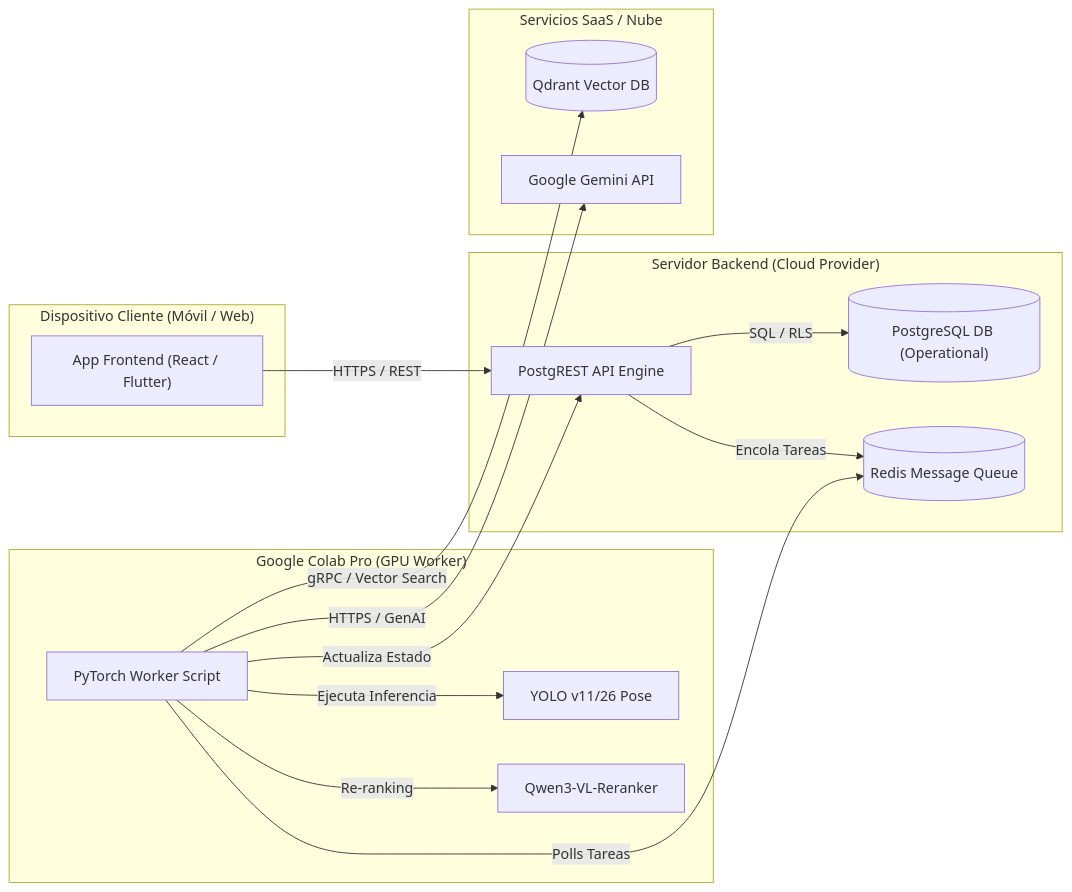
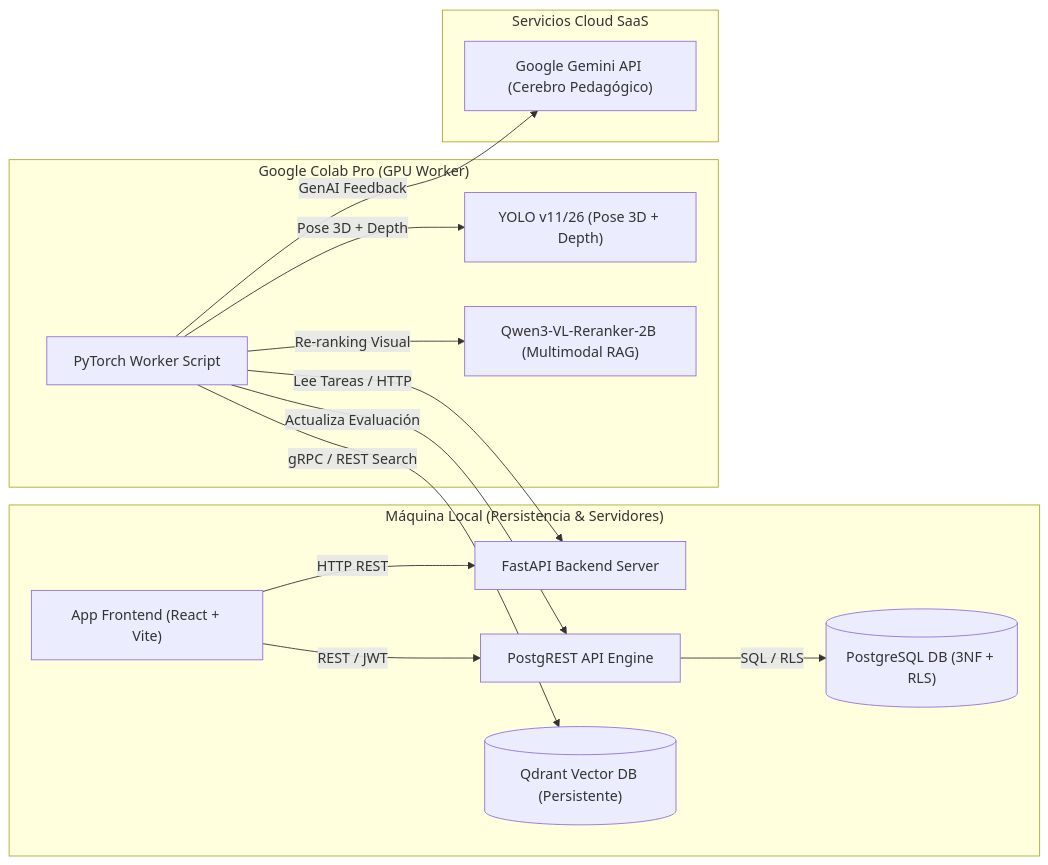
The third of 3 diagrams in ProyectoGrado/docs/ArquitecturaSoftware.md (Tsmrain/JiuJitsu), drawn with Mermaid before and after one commit. The commit also changed other lines of this file and 9 other files, not shown here.

Commit message:
feat(c4-b): implement technique selector, teacher comparison, Qwen3-VL adapter, worker.py, and 15 unit tests

````diff
--- a/ProyectoGrado/docs/ArquitecturaSoftware.md
+++ b/ProyectoGrado/docs/ArquitecturaSoftware.md
@@ -159,34 +159,31 @@
 ```mermaid
 graph LR
-    subgraph Client_Device ["Dispositivo Cliente (Móvil / Web)"]
-        UI_App["App Frontend (React / Flutter)"]
-    end
-
-    subgraph Cloud_Backend ["Servidor Backend (Cloud Provider)"]
+    subgraph Local_Machine ["Máquina Local (Persistencia & Servidores)"]
+        UI_App["App Frontend (React + Vite)"]
+        FastAPI_Node["FastAPI Backend Server"]
         PostgREST_Node["PostgREST API Engine"]
-        PostgreSQL_Node[("PostgreSQL DB (Operational)")]
-        Queue_Node[("Redis Message Queue")]
+        PostgreSQL_Node[("PostgreSQL DB (3NF + RLS)")]
+        Qdrant_Local[("Qdrant Vector DB (Persistente)")]
     end
 
     subgraph Colab_Worker ["Google Colab Pro (GPU Worker)"]
         Python_Worker["PyTorch Worker Script"]
-        YOLO_Engine["YOLO v11/26 Pose"]
-        Qwen_Engine["Qwen3-VL-Reranker"]
+        YOLO_Engine["YOLO v11/26 (Pose 3D + Depth)"]
+        Qwen_Engine["Qwen3-VL-Reranker-2B (Multimodal RAG)"]
     end
 
-    subgraph External_Services ["Servicios SaaS / Nube"]
-        Qdrant_Cloud[("Qdrant Vector DB")]
-        Gemini_SaaS["Google Gemini API"]
+    subgraph External_SaaS ["Servicios Cloud SaaS"]
+        Gemini_SaaS["Google Gemini API (Cerebro Pedagógico)"]
     end
 
-    UI_App -->|HTTPS / REST| PostgREST_Node
+    UI_App -->|HTTP REST| FastAPI_Node
+    UI_App -->|REST / JWT| PostgREST_Node
     PostgREST_Node -->|SQL / RLS| PostgreSQL_Node
-    PostgREST_Node -->|Encola Tareas| Queue_Node
 
-    Python_Worker -->|Polls Tareas| Queue_Node
-    Python_Worker -->|Ejecuta Inferencia| YOLO_Engine
-    Python_Worker -->|Re-ranking| Qwen_Engine
-    Python_Worker -->|gRPC / Vector Search| Qdrant_Cloud
-    Python_Worker -->|HTTPS / GenAI| Gemini_SaaS
-    Python_Worker -->|Actualiza Estado| PostgREST_Node
+    Python_Worker -->|Lee Tareas / HTTP| FastAPI_Node
+    Python_Worker -->|Pose 3D + Depth| YOLO_Engine
+    Python_Worker -->|gRPC / REST Search| Qdrant_Local
+    Python_Worker -->|Re-ranking Visual| Qwen_Engine
+    Python_Worker -->|GenAI Feedback| Gemini_SaaS
+    Python_Worker -->|Actualiza Evaluación| PostgREST_Node
 ```
````
